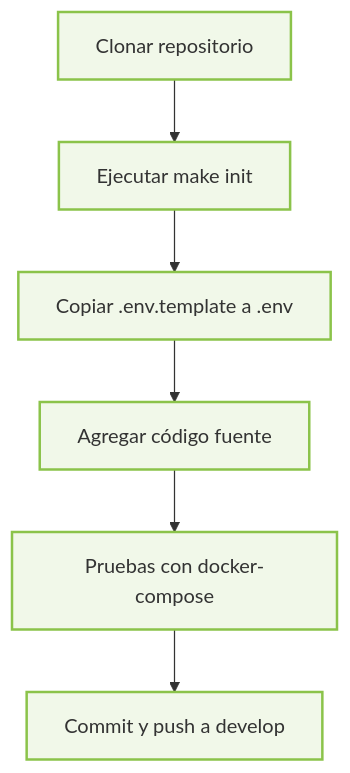
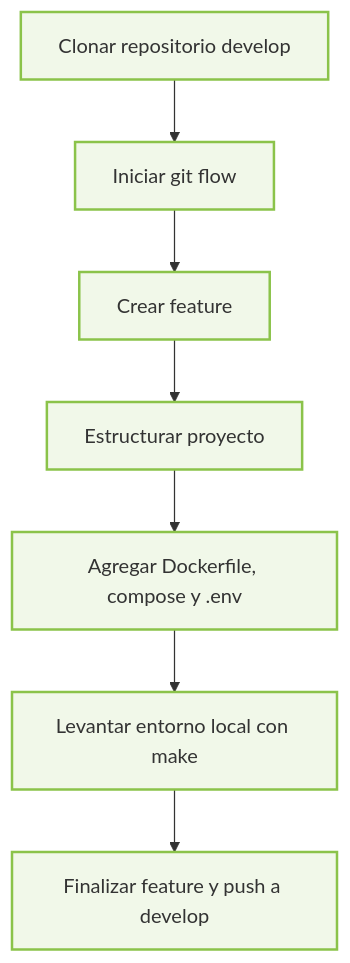
Before and after one commit to Ivan-Rosales/deployCore: the third of 4 diagrams in README.md, drawn with Mermaid. The commit also changed other lines of this file and 8 other files, not shown here.

````diff
--- a/README.md
+++ b/README.md
@@ -130,6 +238,7 @@
 ```mermaid
 flowchart TD
     classDef paso fill:#f1f8e9,stroke:#8bc34a,stroke-width:2px;
-    A[Clonar repositorio]:::paso --> B[Ejecutar make init]:::paso --> C[Copiar .env.template a .env]:::paso
-    C --> D[Agregar código fuente]:::paso --> E[Pruebas con docker-compose]:::paso --> F[Commit y push a develop]:::paso
+    A[Clonar repositorio develop]:::paso --> B[Iniciar git flow]:::paso --> C[Crear feature]:::paso
+    C --> D[Estructurar proyecto]:::paso --> E[Agregar Dockerfile, compose y .env]:::paso
+    E --> F[Levantar entorno local con make]:::paso --> G[Finalizar feature y push a develop]:::paso
 ```
````
